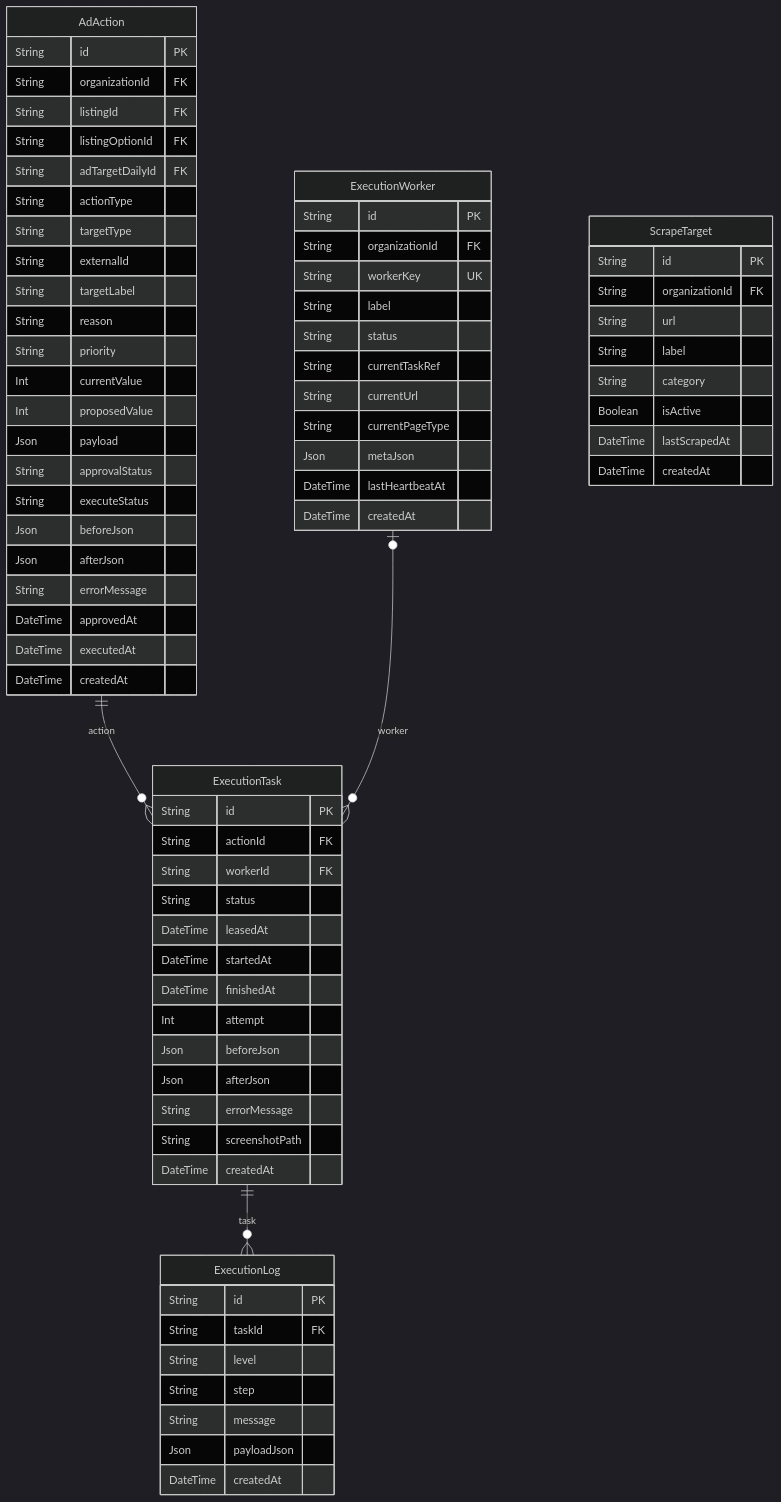
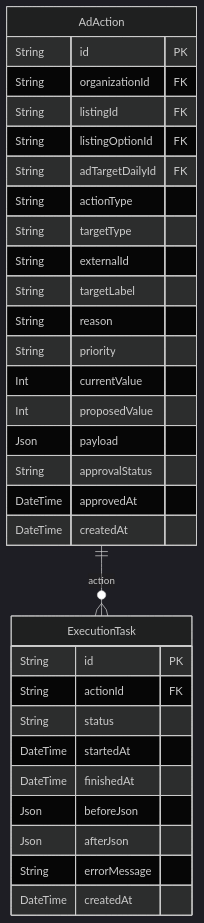
The diagram in docs/erd/advertising.md (AgentFoundry-Labs/kiditem), drawn with Mermaid (dark theme) before and after one commit. The commit also changed other lines of this file and 365 other files, not shown here.

````diff
--- a/docs/erd/advertising.md
+++ b/docs/erd/advertising.md
@@ -20,77 +17,34 @@
 ```mermaid
 erDiagram
   AdAction {
     String id PK
     String organizationId FK
     String listingId FK
     String listingOptionId FK
     String adTargetDailyId FK
     String actionType
     String targetType
     String externalId
     String targetLabel
     String reason
     String priority
     Int currentValue
     Int proposedValue
     Json payload
     String approvalStatus
-    String executeStatus
-    Json beforeJson
-    Json afterJson
-    String errorMessage
     DateTime approvedAt
-    DateTime executedAt
-    DateTime createdAt
-  }
-  ExecutionLog {
-    String id PK
-    String taskId FK
-    String level
-    String step
-    String message
-    Json payloadJson
     DateTime createdAt
   }
   ExecutionTask {
     String id PK
     String actionId FK
-    String workerId FK
     String status
-    DateTime leasedAt
     DateTime startedAt
     DateTime finishedAt
-    Int attempt
     Json beforeJson
     Json afterJson
     String errorMessage
-    String screenshotPath
-    DateTime createdAt
-  }
-  ExecutionWorker {
-    String id PK
-    String organizationId FK
-    String workerKey UK
-    String label
-    String status
-    String currentTaskRef
-    String currentUrl
-    String currentPageType
-    Json metaJson
-    DateTime lastHeartbeatAt
-    DateTime createdAt
-  }
-  ScrapeTarget {
-    String id PK
-    String organizationId FK
-    String url
-    String label
-    String category
-    Boolean isActive
-    DateTime lastScrapedAt
     DateTime createdAt
   }
   AdAction ||--o{ ExecutionTask : "action"
-  ExecutionTask ||--o{ ExecutionLog : "task"
-  ExecutionWorker o|--o{ ExecutionTask : "worker"
 ```
````
